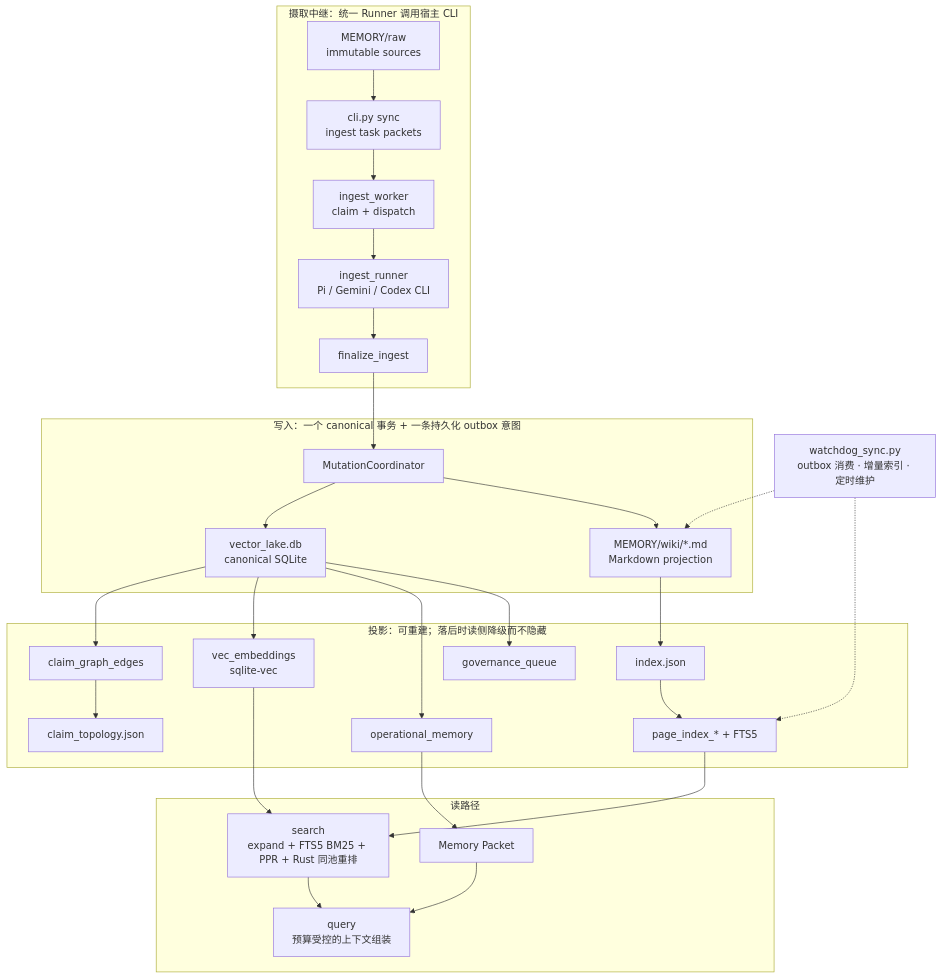
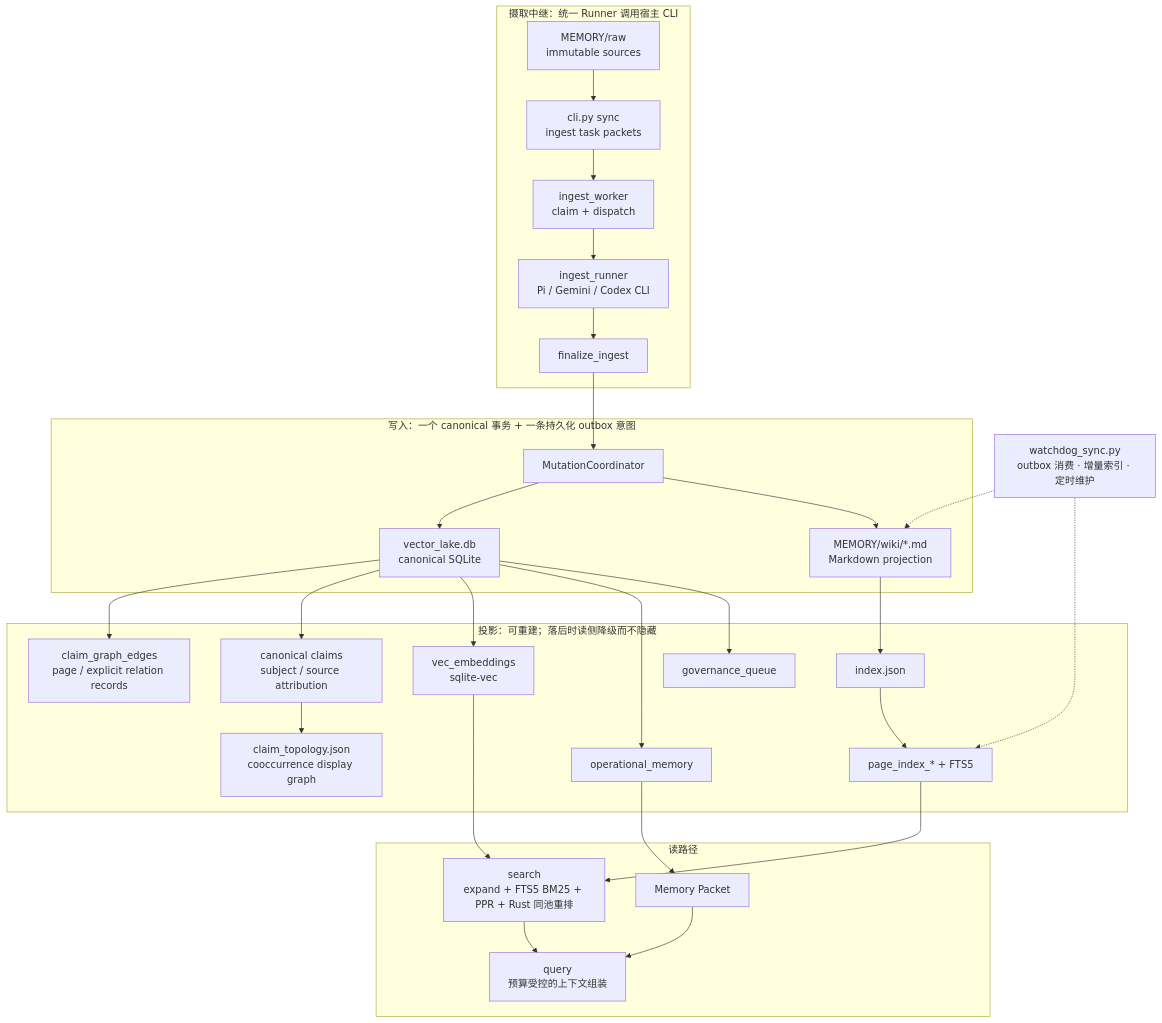
One commit to shawnshi/KnowWeave changed the diagram in docs/ARCHITECTURE.md. Above: the diagram before and after it, drawn with Mermaid. The commit also changed other lines of this file and 66 other files, not shown here.

First line of the commit message:
feat: harden claims, scoped relations and offline topology

````diff
--- a/docs/ARCHITECTURE.md
+++ b/docs/ARCHITECTURE.md
@@ -19,33 +19,34 @@
 ```mermaid
 graph TD
     subgraph relay [摄取中继：统一 Runner 调用宿主 CLI]
         RAW["MEMORY/raw<br>immutable sources"] --> SYNC["cli.py sync<br>ingest task packets"]
         SYNC --> WORKER["ingest_worker<br>claim + dispatch"]
         WORKER --> HOST["ingest_runner<br>Pi / Gemini / Codex CLI"]
         HOST --> FINAL["finalize_ingest"]
     end
     subgraph write [写入：一个 canonical 事务 + 一条持久化 outbox 意图]
         FINAL --> COORD["MutationCoordinator"]
         COORD --> DB["vector_lake.db<br>canonical SQLite"]
         COORD --> MD["MEMORY/wiki/*.md<br>Markdown projection"]
     end
     subgraph proj [投影：可重建；落后时读侧降级而不隐藏]
         MD --> IDX["index.json"]
-        DB --> CG["claim_graph_edges"]
-        CG --> CT["claim_topology.json"]
+        DB --> CG["claim_graph_edges<br>page / explicit relation records"]
+        DB --> CLAIMS["canonical claims<br>subject / source attribution"]
+        CLAIMS --> CT["claim_topology.json<br>cooccurrence display graph"]
         IDX --> PINDEX["page_index_* + FTS5"]
         DB --> VEC["vec_embeddings<br>sqlite-vec"]
         DB --> OM["operational_memory"]
         DB --> GOV["governance_queue"]
     end
     subgraph read [读路径]
         PINDEX --> SEARCH["search<br>expand + FTS5 BM25 + PPR + Rust 同池重排"]
         VEC --> SEARCH
         OM --> PACKET["Memory Packet"]
         SEARCH --> QUERY["query<br>预算受控的上下文组装"]
         PACKET --> QUERY
     end
     WATCH["watchdog_sync.py<br>outbox 消费 · 增量索引 · 定时维护"]
     WATCH -.-> MD
     WATCH -.-> PINDEX
 ```
````
